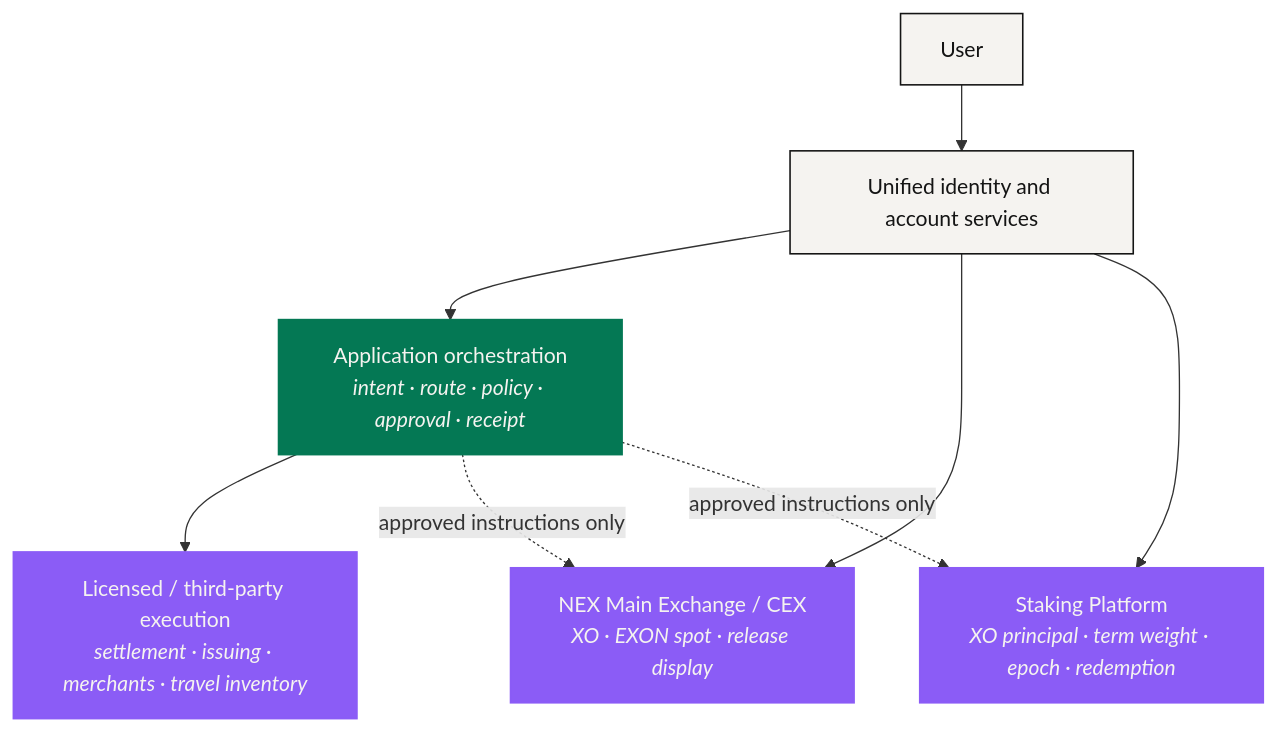
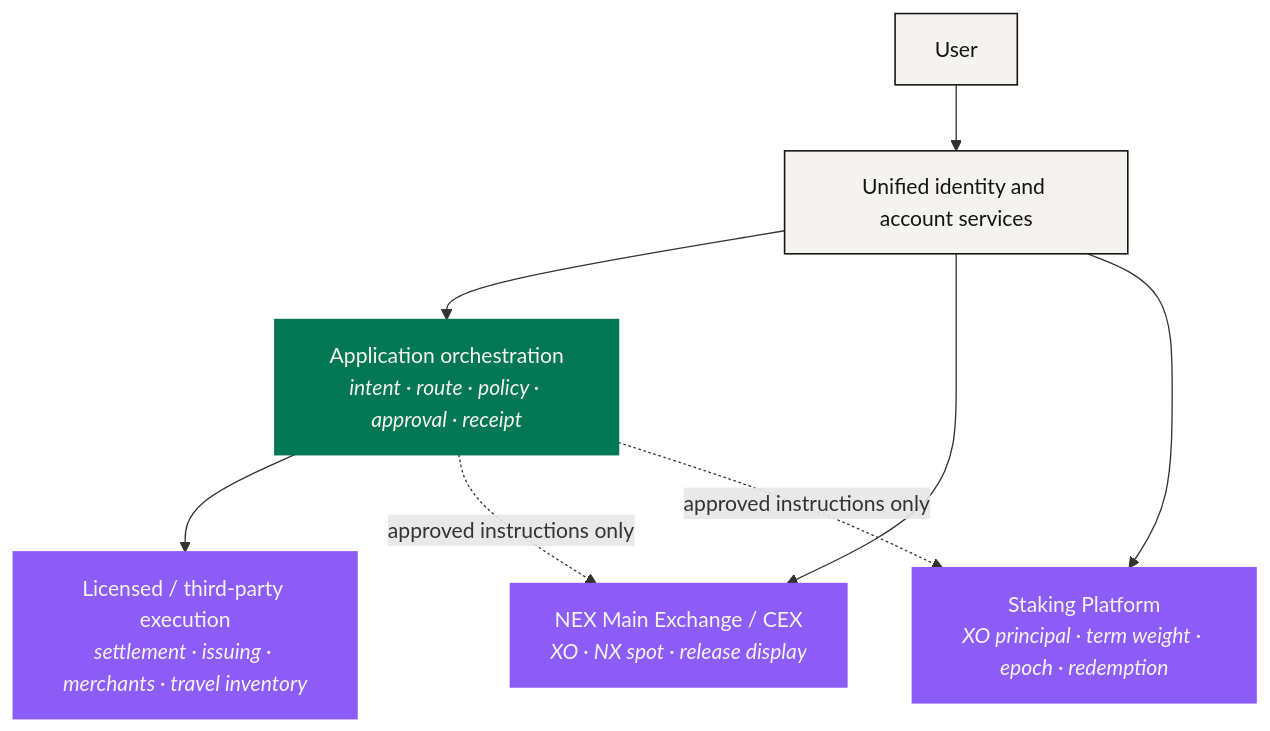
The diagram in docs/en/03-architecture/README.md (NEXONMarkets/NEXON-Whitepaper), drawn with Mermaid before and after one commit. The commit also changed other lines of this file and 92 other files, not shown here.

````diff
--- a/docs/en/03-architecture/README.md
+++ b/docs/en/03-architecture/README.md
@@ -24,16 +24,16 @@
 ```mermaid
 flowchart TB
     U["User"] --> ACC["Unified identity and account services"]
     ACC --> APP["Application orchestration<br/><i>intent · route · policy · approval · receipt</i>"]
-    ACC --> CEX["NEX Main Exchange / CEX<br/><i>XO · EXON spot · release display</i>"]
+    ACC --> CEX["NEX Main Exchange / CEX<br/><i>XO · NX spot · release display</i>"]
     ACC --> STK["Staking Platform<br/><i>XO principal · term weight · epoch · redemption</i>"]
     APP --> EXT["Licensed / third-party execution<br/><i>settlement · issuing · merchants · travel inventory</i>"]
     APP -. "approved instructions only" .-> CEX
     APP -. "approved instructions only" .-> STK
     classDef anchor fill:#047854,stroke:#047854,stroke-width:1.5px,color:#F5F3F0
     classDef engine fill:#8B5CF6,stroke:#8B5CF6,stroke-width:1.5px,color:#F5F3F0
     classDef solid  fill:#F5F3F0,stroke:#141414,stroke-width:1.2px,color:#141414
     class U,ACC solid
     class APP anchor
     class CEX,STK,EXT engine
 ```
````
